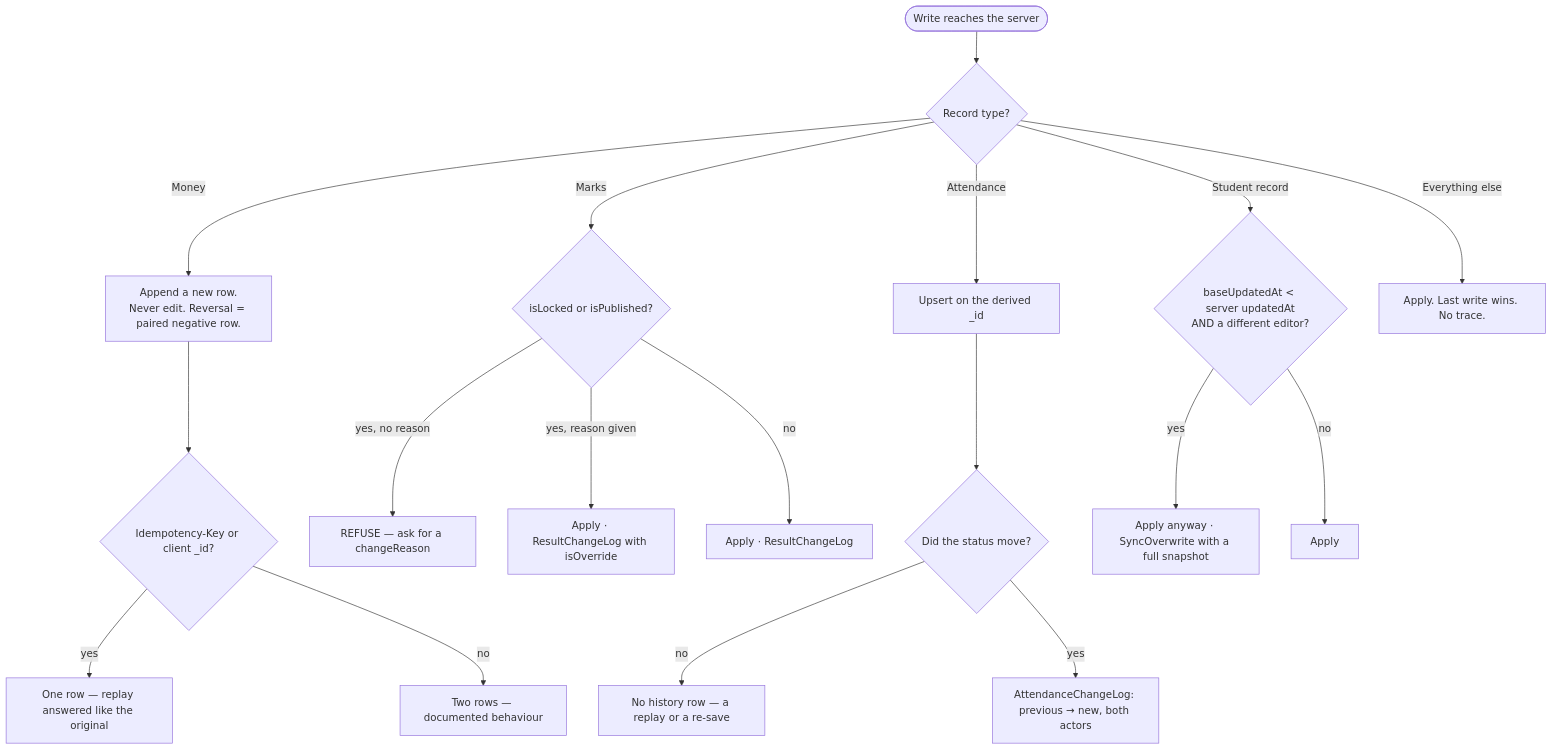
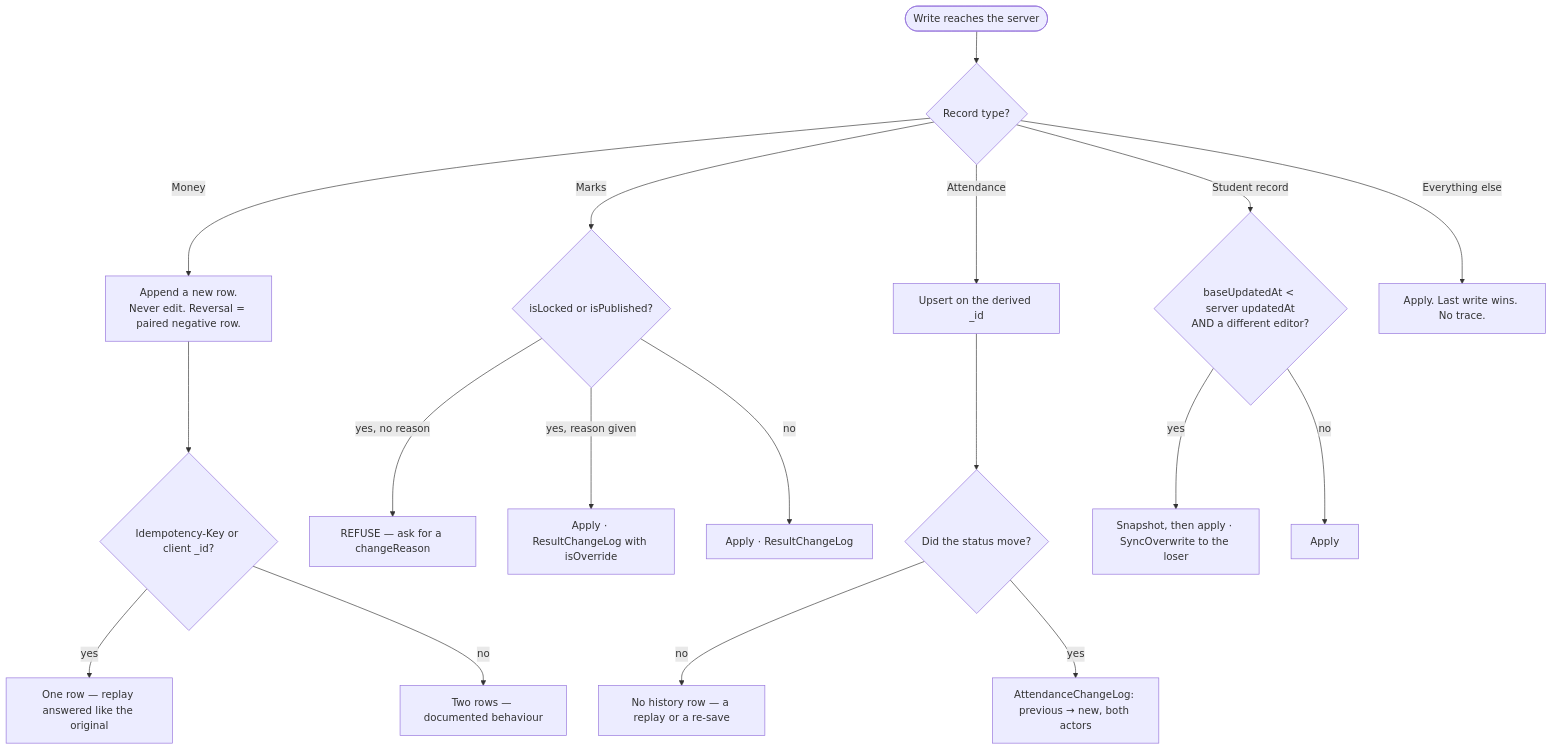
The second of 2 diagrams in OfflineSchoolApp/docs/11-conflict-resolution.md (Kuumernest/OfflineSchoolApp), drawn with Mermaid before and after one commit. The commit also changed other lines of this file and 1 other file, not shown here.

````diff
--- a/OfflineSchoolApp/docs/11-conflict-resolution.md
+++ b/OfflineSchoolApp/docs/11-conflict-resolution.md
@@ -223,25 +274,25 @@
 ```mermaid
 flowchart TD
     W([Write reaches the server]) --> T{"Record type?"}
 
     T -->|"Money"| M["Append a new row.<br/>Never edit. Reversal = paired negative row."]
     M --> MI{"Idempotency-Key or client _id?"}
     MI -->|yes| MO["One row — replay answered like the original"]
     MI -->|no| MT["Two rows — documented behaviour"]
 
     T -->|"Marks"| S{"isLocked or isPublished?"}
     S -->|yes, no reason| SR["REFUSE — ask for a changeReason"]
     S -->|"yes, reason given"| SW["Apply · ResultChangeLog with isOverride"]
     S -->|no| SW2["Apply · ResultChangeLog"]
 
     T -->|"Attendance"| A["Upsert on the derived _id"]
     A --> AC{"Did the status move?"}
     AC -->|no| AN["No history row — a replay or a re-save"]
     AC -->|yes| AY["AttendanceChangeLog: previous → new, both actors"]
 
     T -->|"Student record"| P{"baseUpdatedAt < server updatedAt<br/>AND a different editor?"}
-    P -->|yes| PO["Apply anyway · SyncOverwrite with a full snapshot"]
+    P -->|yes| PO["Snapshot, then apply · SyncOverwrite to the loser"]
     P -->|no| PA["Apply"]
 
     T -->|"Everything else"| E["Apply. Last write wins. No trace."]
 ```
````
